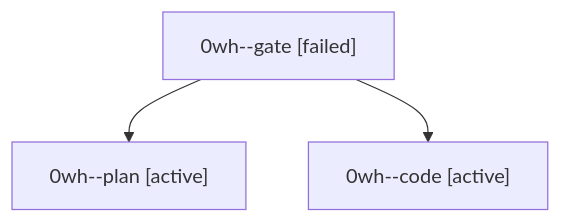
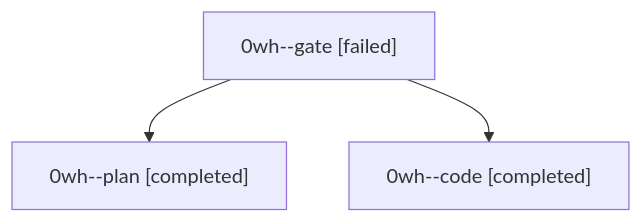
One commit to bobs-org/bob-cli--agents changed the diagram in sessions/bbugyi200.athena.0wh.md. Above: the diagram before and after it, drawn with Mermaid. The commit also changed other lines of this file and 48 other files, not shown here.

````diff
--- a/sessions/bbugyi200.athena.0wh.md
+++ b/sessions/bbugyi200.athena.0wh.md
@@ -9,8 +9,8 @@
 ```mermaid
 flowchart TD
   n0["0wh--gate [failed]"]
-  n1["0wh--plan [active]"]
+  n1["0wh--plan [completed]"]
   n0 --> n1
-  n2["0wh--code [active]"]
+  n2["0wh--code [completed]"]
   n0 --> n2
 ```
````
